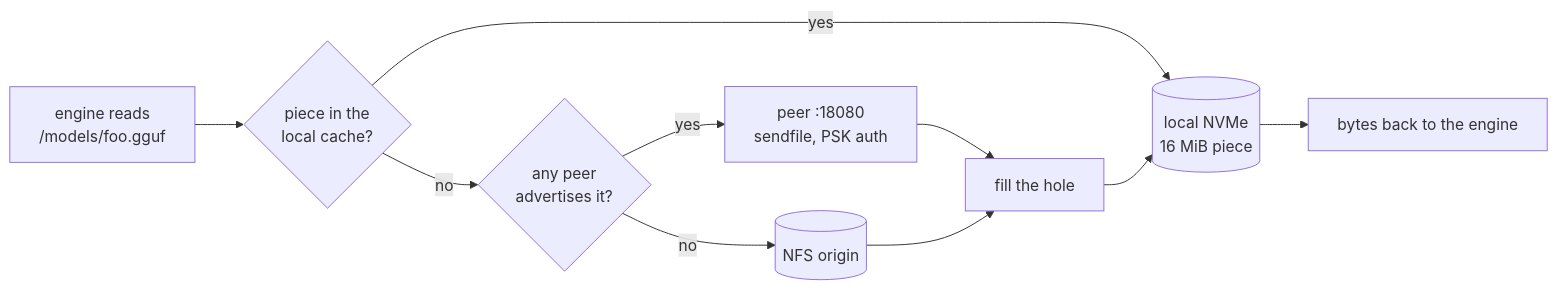
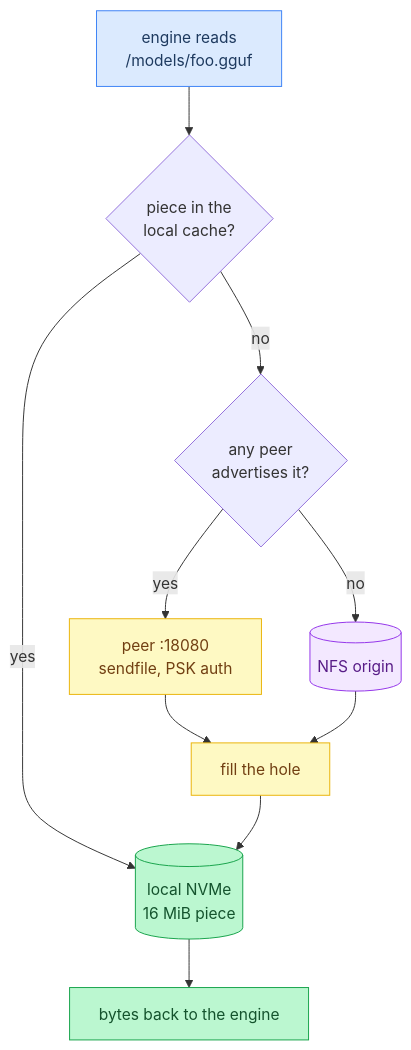
Before and after one commit to maci0/modelfs: the diagram in README.md, drawn with Mermaid. The commit also changed other lines of this file and 4 other files, not shown here.

First line of the commit message:
docs: add AGENTS.md, trim the badge row, colour the read-path diagram

````diff
--- a/README.md
+++ b/README.md
@@ -18,12 +14,21 @@
 ```mermaid
-flowchart LR
+flowchart TD
   E["engine reads<br/>/models/foo.gguf"] --> Q{"piece in the<br/>local cache?"}
   Q -- yes --> L[("local NVMe<br/>16 MiB piece")]
   Q -- no --> P{"any peer<br/>advertises it?"}
   P -- yes --> S["peer :18080<br/>sendfile, PSK auth"]
   P -- no --> O[("NFS origin")]
   S --> F["fill the hole"]
   O --> F
   F --> L
   L --> B["bytes back to the engine"]
+
+  classDef entry fill:#dbeafe,stroke:#3b82f6,color:#1e3a5f
+  classDef inflight fill:#fef9c3,stroke:#eab308,color:#713f12
+  classDef cached fill:#bbf7d0,stroke:#16a34a,color:#14532d
+  classDef shared fill:#f3e8ff,stroke:#9333ea,color:#581c87
+  class E entry
+  class S,F inflight
+  class L,B cached
+  class O shared
 ```
````
